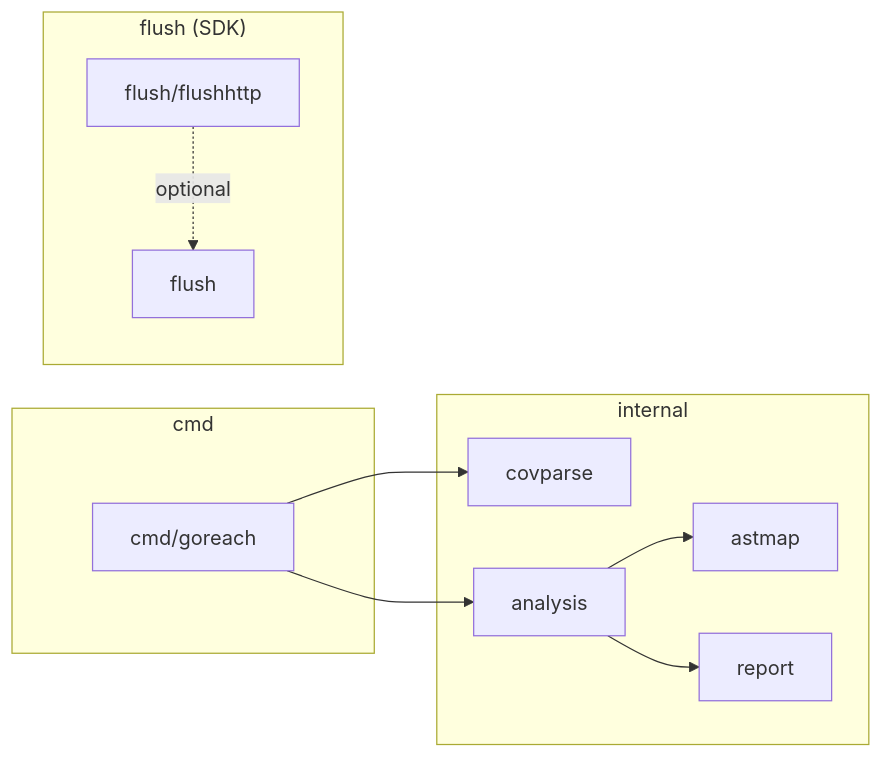
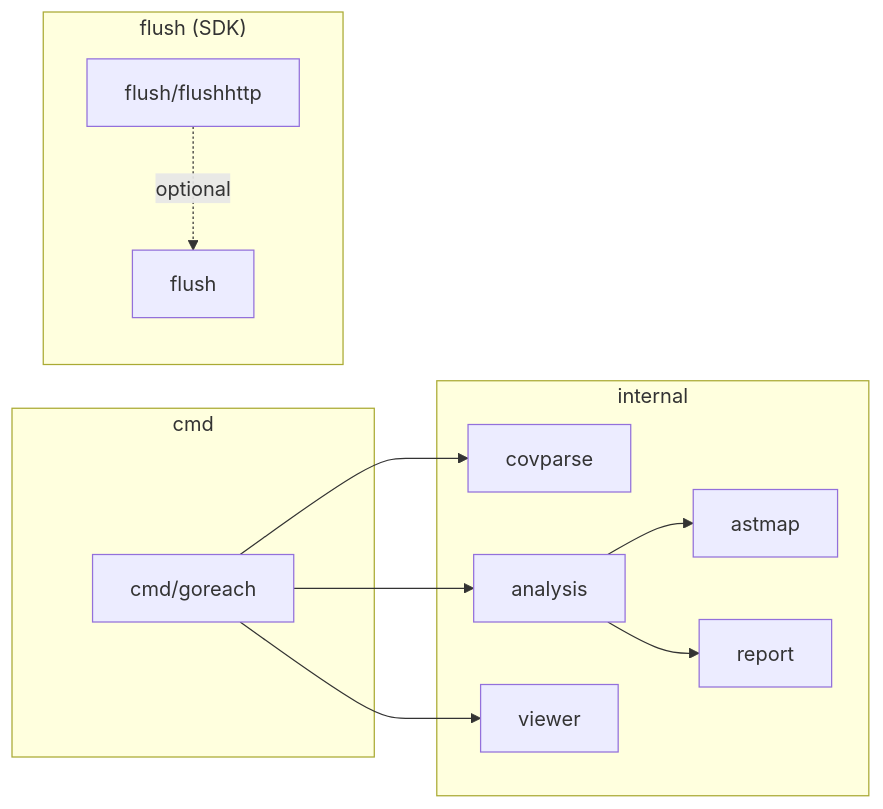
Before and after one commit to yag13s/goreach: the second of 2 diagrams in README.md, drawn with Mermaid. The commit also changed other lines of this file and 4 other files, not shown here.

````diff
--- a/README.md
+++ b/README.md
@@ -41,24 +41,26 @@
 ```mermaid
 graph LR
     subgraph cmd
         MAIN["cmd/goreach"]
     end
 
     subgraph internal
         COVPARSE["covparse"]
         ASTMAP["astmap"]
         ANALYSIS["analysis"]
         REPORT["report"]
+        VIEWER["viewer"]
     end
 
     subgraph flush_pkg["flush (SDK)"]
         FLUSH["flush"]
         FLUSHHTTP["flush/flushhttp"]
     end
 
     MAIN --> COVPARSE
     MAIN --> ANALYSIS
+    MAIN --> VIEWER
     ANALYSIS --> ASTMAP
     ANALYSIS --> REPORT
     FLUSHHTTP -.->|optional| FLUSH
 ```
````
